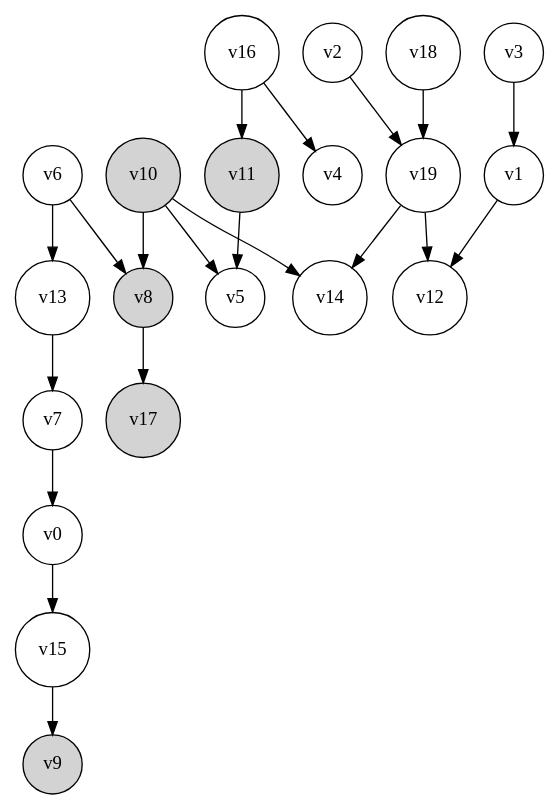
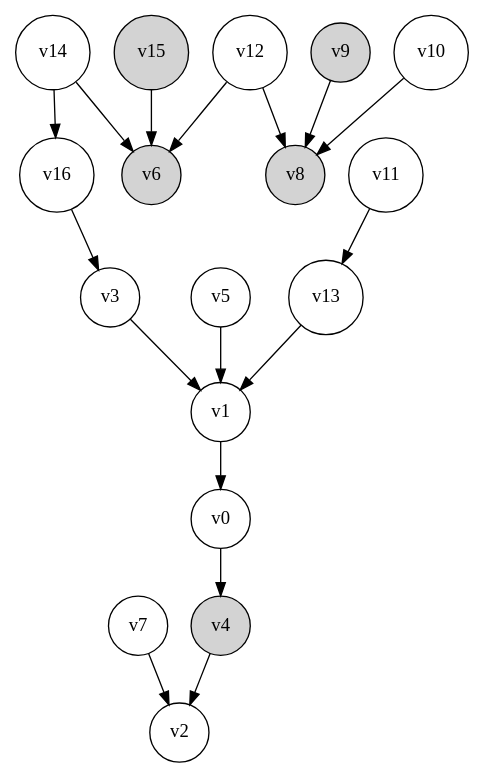
Before and after one commit to arthurhaiying/TestingBayesianNetwork: the diagram in testtbn.gv, drawn with Graphviz. The commit also changed 28 other files, not shown here.

```diff
--- a/testtbn.gv
+++ b/testtbn.gv
@@ -1,42 +1,36 @@
 digraph {
 	rankdir=TD
 	v0 [shape=circle]
 	v1 [shape=circle]
 	v2 [shape=circle]
 	v3 [shape=circle]
-	v4 [shape=circle]
+	v4 [shape=circle style=filled]
 	v5 [shape=circle]
-	v6 [shape=circle]
+	v6 [shape=circle style=filled]
 	v7 [shape=circle]
 	v8 [shape=circle style=filled]
 	v9 [shape=circle style=filled]
-	v10 [shape=circle style=filled]
-	v11 [shape=circle style=filled]
+	v10 [shape=circle]
+	v11 [shape=circle]
 	v12 [shape=circle]
 	v13 [shape=circle]
 	v14 [shape=circle]
-	v15 [shape=circle]
+	v15 [shape=circle style=filled]
 	v16 [shape=circle]
-	v17 [shape=circle style=filled]
-	v18 [shape=circle]
-	v19 [shape=circle]
-	v0 -> v15
-	v1 -> v12
-	v2 -> v19
+	v0 -> v4
+	v1 -> v0
 	v3 -> v1
-	v6 -> v8
-	v6 -> v13
-	v7 -> v0
-	v8 -> v17
+	v4 -> v2
+	v5 -> v1
+	v7 -> v2
+	v9 -> v8
 	v10 -> v8
-	v10 -> v5
-	v10 -> v14
-	v11 -> v5
-	v13 -> v7
-	v15 -> v9
-	v16 -> v4
-	v16 -> v11
-	v18 -> v19
-	v19 -> v14
-	v19 -> v12
+	v11 -> v13
+	v12 -> v8
+	v12 -> v6
+	v13 -> v1
+	v14 -> v16
+	v14 -> v6
+	v15 -> v6
+	v16 -> v3
 }
```
